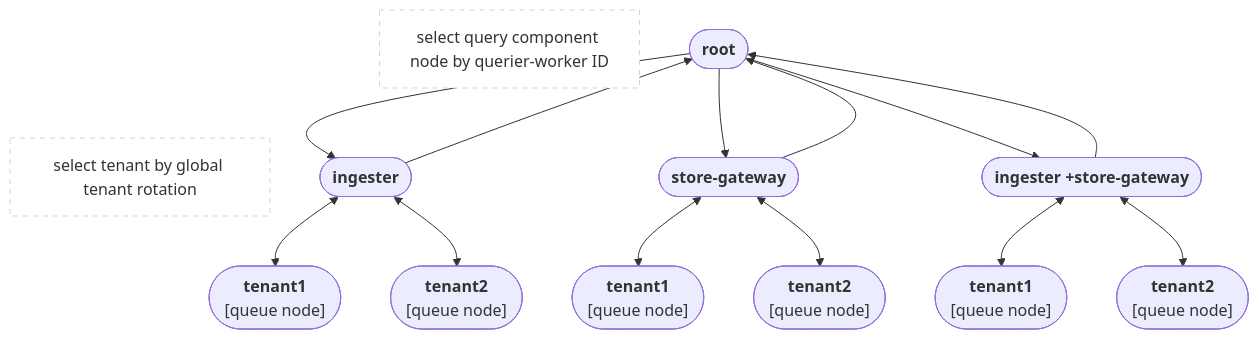
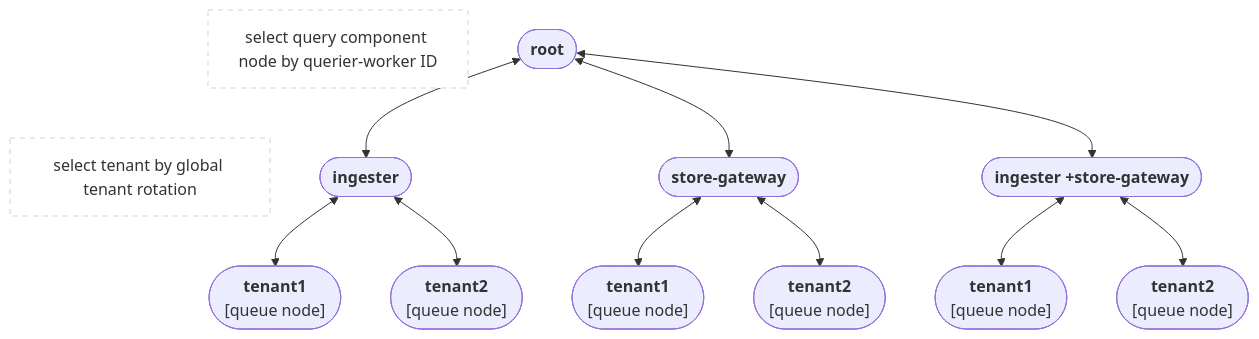
Before and after one commit to grafana/mimir: the diagram in pkg/scheduler/DESIGN.md, drawn with Mermaid.

Commit message:
fix headers and further simplify diagram

````diff
--- a/pkg/scheduler/DESIGN.md
+++ b/pkg/scheduler/DESIGN.md
@@ -33,73 +33,68 @@
 ```mermaid
 %%{init: {"flowchart": {"htmlLabels": false}} }%%
 
 graph TB
     queryComponentAlgo["`
        select query component node by querier-worker ID
     `"]
     style queryComponentAlgo fill:white,stroke:lightgray,stroke-dasharray:5
 
 
     root(["`**root**
 
     `"])
 
     root~~~tenandShardAlgo["
         select tenant by global tenant rotation
     "]
 
     style tenandShardAlgo fill:white,stroke:lightgray,stroke-dasharray:5
 
     ingester(["`**ingester**`"])
     storeGateway(["`**store-gateway**`"])
 
     both(["`**ingester +store-gateway**`"])
 
-    root-->ingester
-    ingester-->root
-
-    root-->storeGateway
-    storeGateway-->root
-
-    root-->both
-    both-->root
+    root<-->ingester
+    root<-->storeGateway
+    root<-->both
 
     ingester-tenant1(["`**tenant1**
 
     [queue node]
     `"])
     ingester-tenant2(["`**tenant2**
 
     [queue node]
     `"])
 
     storeGateway-tenant1(["`**tenant1**
 
     [queue node]
     `"])
     storeGateway-tenant2(["`**tenant2**
 
     [queue node]
     `"])
 
     both-tenant1(["`**tenant1**
 
     [queue node]
     `"])
     both-tenant2(["`**tenant2**
 
     [queue node]
     `"])
 
     ingester<-->ingester-tenant1
     ingester<-->ingester-tenant2
 
 
     storeGateway<-->storeGateway-tenant1
     storeGateway<-->storeGateway-tenant2
 
     both<-->both-tenant1
     both<-->both-tenant2
 
 
 ```
````
